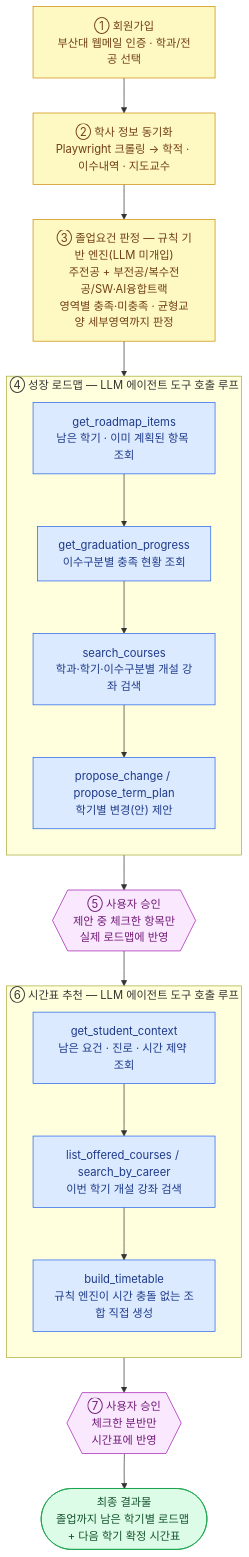
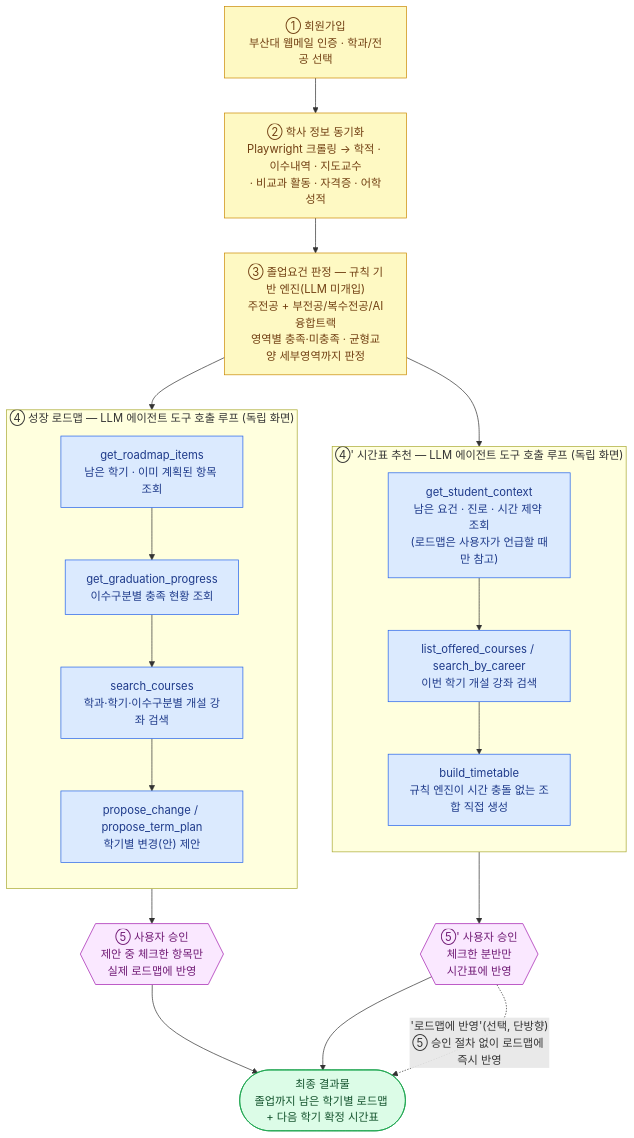
The third of 3 diagrams in README.md (PNU-2026-AI-Hackathon/pnuai-a-03-team-u), drawn with Mermaid before and after one commit. The commit also changed other lines of this file and 1 other file, not shown here.

First line of the commit message:
docs(readme): 3.1/3.2 다이어그램 — 로드맵↔시간표 독립 구조로 재구성 (#213)

````diff
--- a/README.md
+++ b/README.md
@@ -159,41 +165,43 @@
 ```mermaid
 flowchart TB
     SIGNUP["① 회원가입<br/>부산대 웹메일 인증 · 학과/전공 선택"]
-    SYNC["② 학사 정보 동기화<br/>Playwright 크롤링 → 학적 · 이수내역 · 지도교수"]
-    RULE["③ 졸업요건 판정 — 규칙 기반 엔진(LLM 미개입)<br/>주전공 + 부전공/복수전공/SW·AI융합트랙<br/>영역별 충족·미충족 · 균형교양 세부영역까지 판정"]
+    SYNC["② 학사 정보 동기화<br/>Playwright 크롤링 → 학적 · 이수내역 · 지도교수<br/>· 비교과 활동 · 자격증 · 어학성적"]
+    RULE["③ 졸업요건 판정 — 규칙 기반 엔진(LLM 미개입)<br/>주전공 + 부전공/복수전공/AI융합트랙<br/>영역별 충족·미충족 · 균형교양 세부영역까지 판정"]
 
-    subgraph RM["④ 성장 로드맵 — LLM 에이전트 도구 호출 루프"]
+    subgraph RM["④ 성장 로드맵 — LLM 에이전트 도구 호출 루프 (독립 화면)"]
         direction TB
         RM1["get_roadmap_items<br/>남은 학기 · 이미 계획된 항목 조회"]
         RM2["get_graduation_progress<br/>이수구분별 충족 현황 조회"]
         RM3["search_courses<br/>학과·학기·이수구분별 개설 강좌 검색"]
         RM4["propose_change / propose_term_plan<br/>학기별 변경(안) 제안"]
         RM1 --> RM2 --> RM3 --> RM4
     end
 
-    APPROVE1{{"⑤ 사용자 승인<br/>제안 중 체크한 항목만<br/>실제 로드맵에 반영"}}
-
-    subgraph TT["⑥ 시간표 추천 — LLM 에이전트 도구 호출 루프"]
+    subgraph TT["④' 시간표 추천 — LLM 에이전트 도구 호출 루프 (독립 화면)"]
         direction TB
-        TT1["get_student_context<br/>남은 요건 · 진로 · 시간 제약 조회"]
+        TT1["get_student_context<br/>남은 요건 · 진로 · 시간 제약 조회<br/>(로드맵은 사용자가 언급할 때만 참고)"]
         TT2["list_offered_courses / search_by_career<br/>이번 학기 개설 강좌 검색"]
         TT3["build_timetable<br/>규칙 엔진이 시간 충돌 없는 조합 직접 생성"]
         TT1 --> TT2 --> TT3
     end
 
-    APPROVE2{{"⑦ 사용자 승인<br/>체크한 분반만<br/>시간표에 반영"}}
+    APPROVE1{{"⑤ 사용자 승인<br/>제안 중 체크한 항목만<br/>실제 로드맵에 반영"}}
+    APPROVE2{{"⑤' 사용자 승인<br/>체크한 분반만<br/>시간표에 반영"}}
     RESULT(["최종 결과물<br/>졸업까지 남은 학기별 로드맵 + 다음 학기 확정 시간표"])
 
-    SIGNUP --> SYNC --> RULE --> RM
-    RM4 --> APPROVE1 --> TT
+    SIGNUP --> SYNC --> RULE
+    RULE --> RM
+    RULE --> TT
+    RM4 --> APPROVE1 --> RESULT
     TT3 --> APPROVE2 --> RESULT
+    APPROVE2 -. "'로드맵에 반영'(선택, 단방향)<br/>⑤ 승인 절차 없이 로드맵에 즉시 반영" .-> RESULT
 
     classDef rule fill:#fef9c3,stroke:#ca8a04,color:#713f12
     classDef agent fill:#dbeafe,stroke:#2563eb,color:#1e3a8a
     classDef human fill:#fae8ff,stroke:#a21caf,color:#701a75
     classDef result fill:#dcfce7,stroke:#16a34a,color:#14532d
     class SIGNUP,SYNC,RULE rule
     class RM1,RM2,RM3,RM4,TT1,TT2,TT3 agent
     class APPROVE1,APPROVE2 human
     class RESULT result
 ```
````
